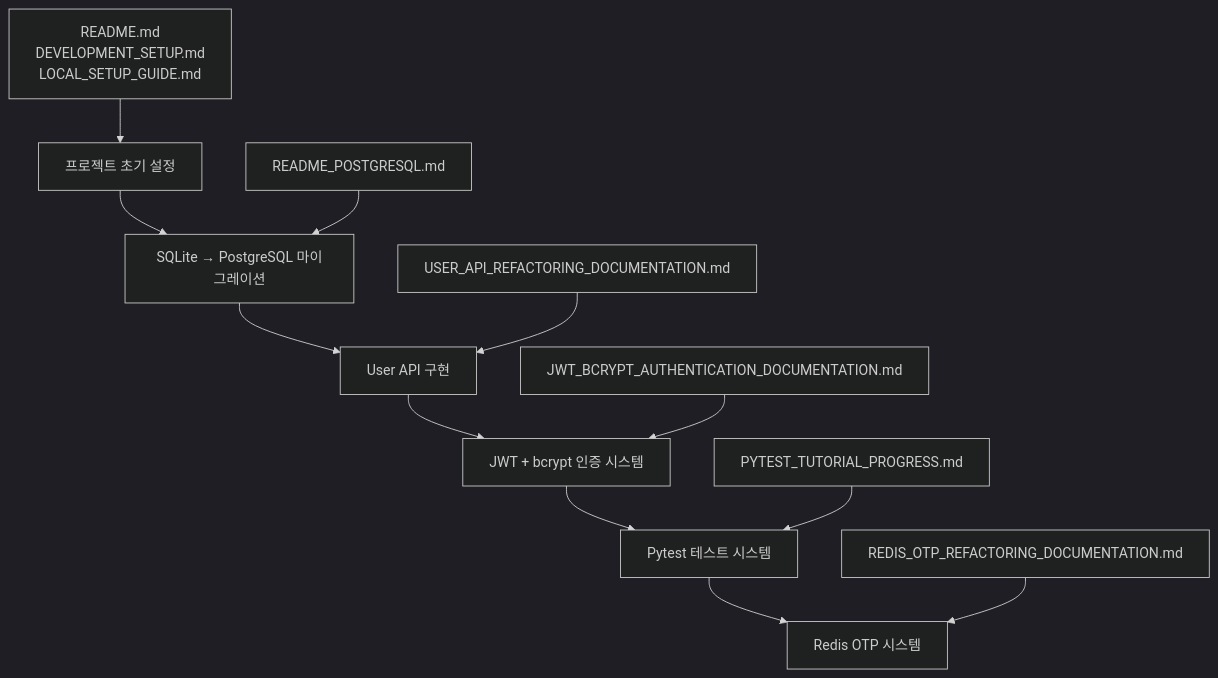
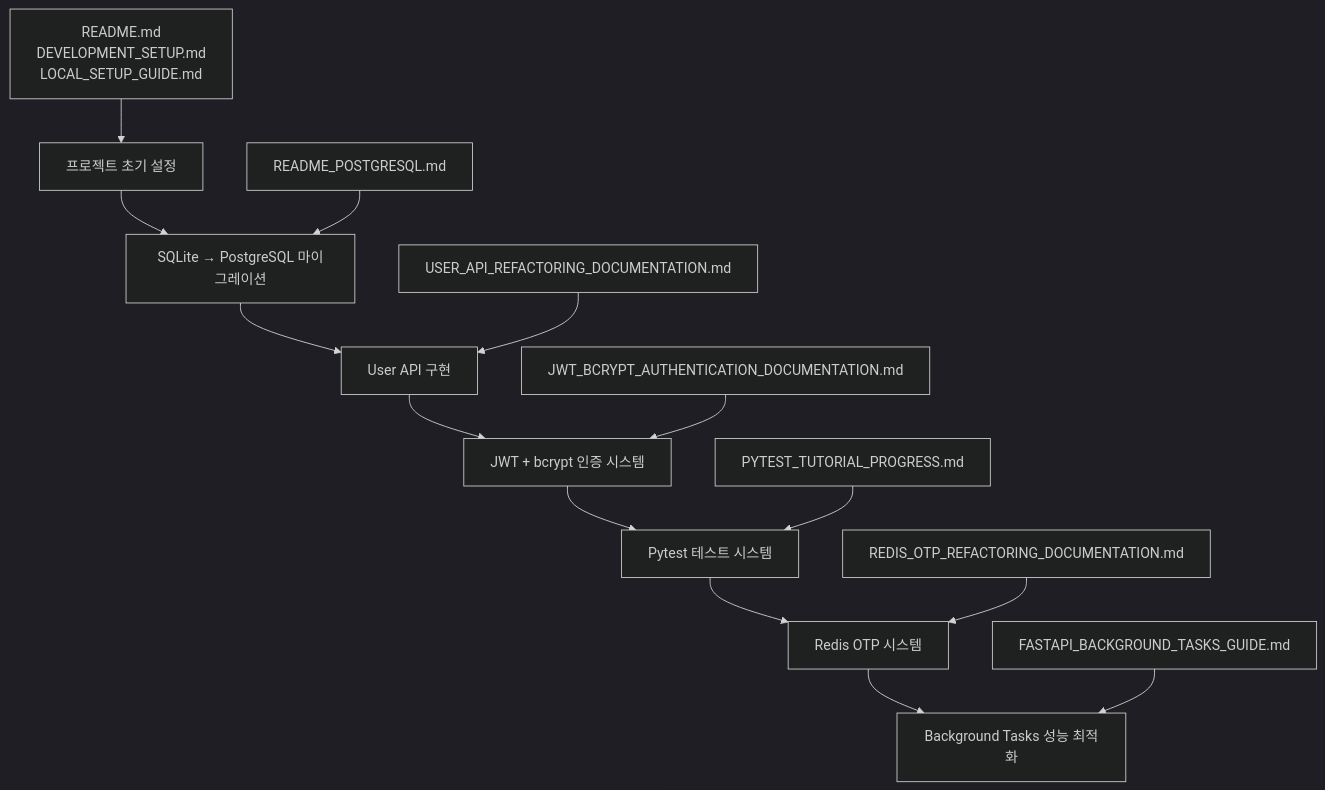
The diagram in docs/PROJECT_DOCUMENTATION_GUIDE.md (JELKOV/FastApi_Todo_Project), drawn with Mermaid (dark theme) before and after one commit. The commit also changed other lines of this file and 16 other files, not shown here.

````diff
--- a/docs/PROJECT_DOCUMENTATION_GUIDE.md
+++ b/docs/PROJECT_DOCUMENTATION_GUIDE.md
@@ -112,15 +122,17 @@
 ```mermaid
 graph TD
     A[프로젝트 초기 설정] --> B[SQLite → PostgreSQL 마이그레이션]
     B --> C[User API 구현]
     C --> D[JWT + bcrypt 인증 시스템]
     D --> E[Pytest 테스트 시스템]
     E --> F[Redis OTP 시스템]
+    F --> G[Background Tasks 성능 최적화]
 
     A1[README.md<br/>DEVELOPMENT_SETUP.md<br/>LOCAL_SETUP_GUIDE.md] --> A
     B1[README_POSTGRESQL.md] --> B
     C1[USER_API_REFACTORING_DOCUMENTATION.md] --> C
     D1[JWT_BCRYPT_AUTHENTICATION_DOCUMENTATION.md] --> D
     E1[PYTEST_TUTORIAL_PROGRESS.md] --> E
     F1[REDIS_OTP_REFACTORING_DOCUMENTATION.md] --> F
+    G1[FASTAPI_BACKGROUND_TASKS_GUIDE.md] --> G
 ```
````
